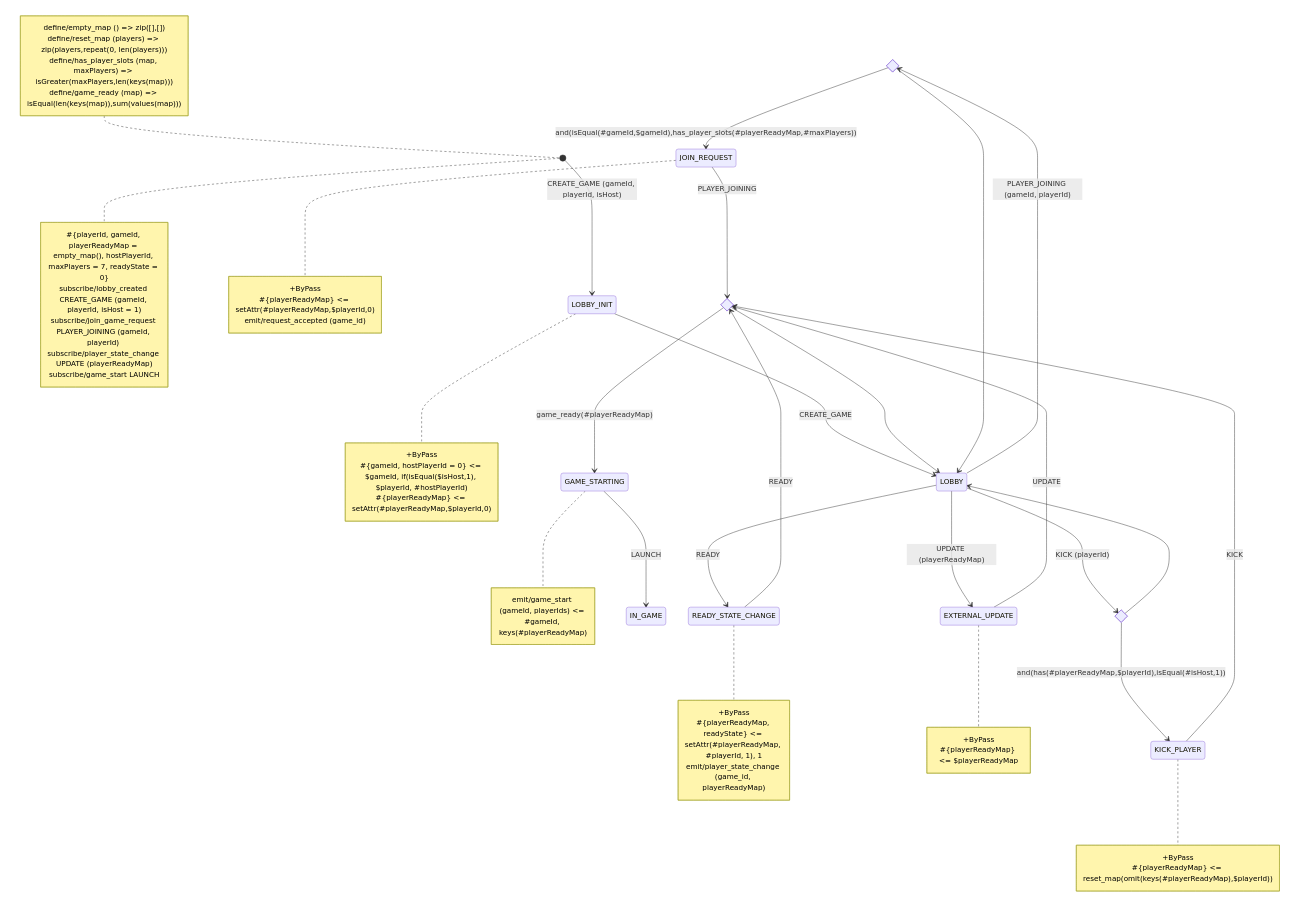
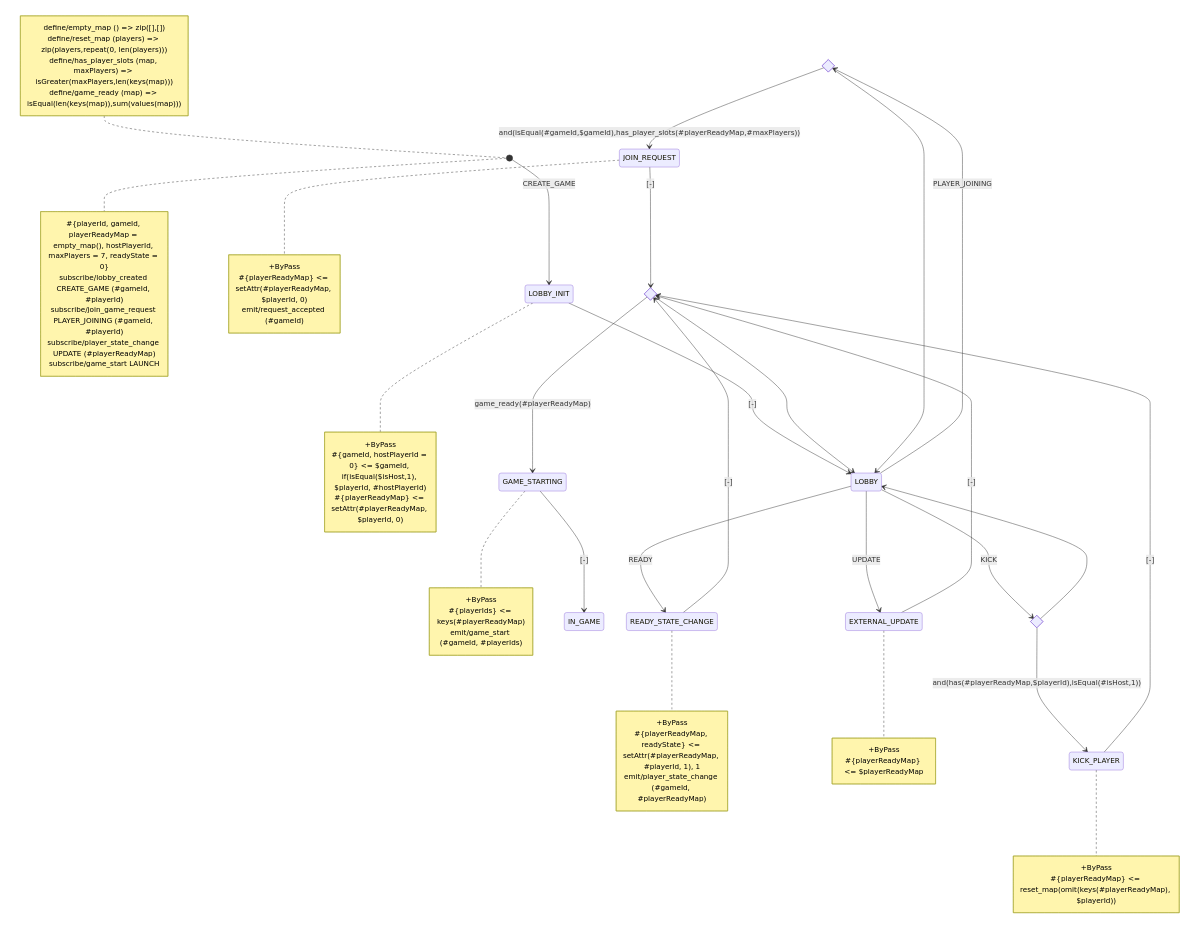
Before and after one commit to tfcp68/battle-farm: the third of 12 diagrams in docs/diagrams.md, drawn with Mermaid. The commit also changed other lines of this file and 28 other files, not shown here.

Commit message:
extract mermaid diagrams, add script gen

````diff
--- a/docs/diagrams.md
+++ b/docs/diagrams.md
@@ -118,63 +120,65 @@
 ```mermaid
 stateDiagram-v2
     state hasSpace <<choice>>
     state canKick <<choice>>
     state gameReady <<choice>>
-    [*] --> LOBBY_INIT: CREATE_GAME (gameId, playerId, isHost)
-    LOBBY --> hasSpace: PLAYER_JOINING (gameId, playerId)
+    [*] --> LOBBY_INIT: CREATE_GAME
+    LOBBY --> hasSpace: PLAYER_JOINING
     hasSpace --> JOIN_REQUEST: and(isEqual(#gameId,$gameId),has_player_slots(#playerReadyMap,#maxPlayers))
-    LOBBY_INIT --> LOBBY: CREATE_GAME
-    LOBBY --> EXTERNAL_UPDATE: UPDATE (playerReadyMap)
-    LOBBY-->canKick: KICK (playerId)
+    LOBBY_INIT --> LOBBY: [-]
+    LOBBY --> EXTERNAL_UPDATE: UPDATE
+    LOBBY-->canKick: KICK
     canKick-->KICK_PLAYER: and(has(#playerReadyMap,$playerId),isEqual(#isHost,1))
-    KICK_PLAYER-->gameReady: KICK
+    KICK_PLAYER-->gameReady: [-]
     LOBBY --> READY_STATE_CHANGE: READY
-    READY_STATE_CHANGE --> gameReady: READY
-    EXTERNAL_UPDATE --> gameReady: UPDATE
-    JOIN_REQUEST --> gameReady: PLAYER_JOINING
+    READY_STATE_CHANGE --> gameReady: [-]
+    EXTERNAL_UPDATE --> gameReady: [-]
+    JOIN_REQUEST --> gameReady: [-]
     gameReady --> GAME_STARTING: game_ready(#playerReadyMap)
     gameReady --> LOBBY
-    hasSpace -->LOBBY 
+    hasSpace --> LOBBY
     canKick --> LOBBY
-    GAME_STARTING-->IN_GAME: LAUNCH
+    GAME_STARTING-->IN_GAME: [-]
 
 note left of [*]
 define/empty_map () => zip([],[])
 define/reset_map (players) => zip(players,repeat(0, len(players)))
 define/has_player_slots (map, maxPlayers) => isGreater(maxPlayers,len(keys(map)))
 define/game_ready (map) => isEqual(len(keys(map)),sum(values(map)))
 end note
 note right of [*]
 #{playerId, gameId, playerReadyMap = empty_map(), hostPlayerId, maxPlayers = 7, readyState = 0}
-subscribe/lobby_created CREATE_GAME (gameId, playerId, isHost = 1)
-subscribe/join_game_request PLAYER_JOINING (gameId, playerId) 
-subscribe/player_state_change UPDATE (playerReadyMap)
+subscribe/lobby_created CREATE_GAME (#gameId, #playerId)
+subscribe/join_game_request PLAYER_JOINING (#gameId, #playerId)
+subscribe/player_state_change UPDATE (#playerReadyMap)
 subscribe/game_start LAUNCH
 end note
 note right of LOBBY_INIT
 +ByPass
 #{gameId, hostPlayerId = 0} <= $gameId, if(isEqual($isHost,1), $playerId, #hostPlayerId)
-#{playerReadyMap} <= setAttr(#playerReadyMap,$playerId,0)
+#{playerReadyMap} <= setAttr(#playerReadyMap, $playerId, 0)
 end note
 note right of JOIN_REQUEST
 +ByPass
-#{playerReadyMap} <= setAttr(#playerReadyMap,$playerId,0)
-emit/request_accepted (game_id)
+#{playerReadyMap} <= setAttr(#playerReadyMap, $playerId, 0)
+emit/request_accepted (#gameId)
 end note
 note right of KICK_PLAYER
 +ByPass
-#{playerReadyMap} <= reset_map(omit(keys(#playerReadyMap),$playerId))
+#{playerReadyMap} <= reset_map(omit(keys(#playerReadyMap), $playerId))
 end note
 note right of READY_STATE_CHANGE
 +ByPass
 #{playerReadyMap, readyState} <= setAttr(#playerReadyMap, #playerId, 1), 1
-emit/player_state_change (game_id, playerReadyMap)
+emit/player_state_change (#gameId, #playerReadyMap)
 end note
 note right of EXTERNAL_UPDATE
 +ByPass
 #{playerReadyMap} <= $playerReadyMap
 end note
 note right of GAME_STARTING
-emit/game_start (gameId, playerIds) <= #gameId, keys(#playerReadyMap)
++ByPass
+#{playerIds} <= keys(#playerReadyMap)
+emit/game_start (#gameId, #playerIds)
 end note
 ```
````
